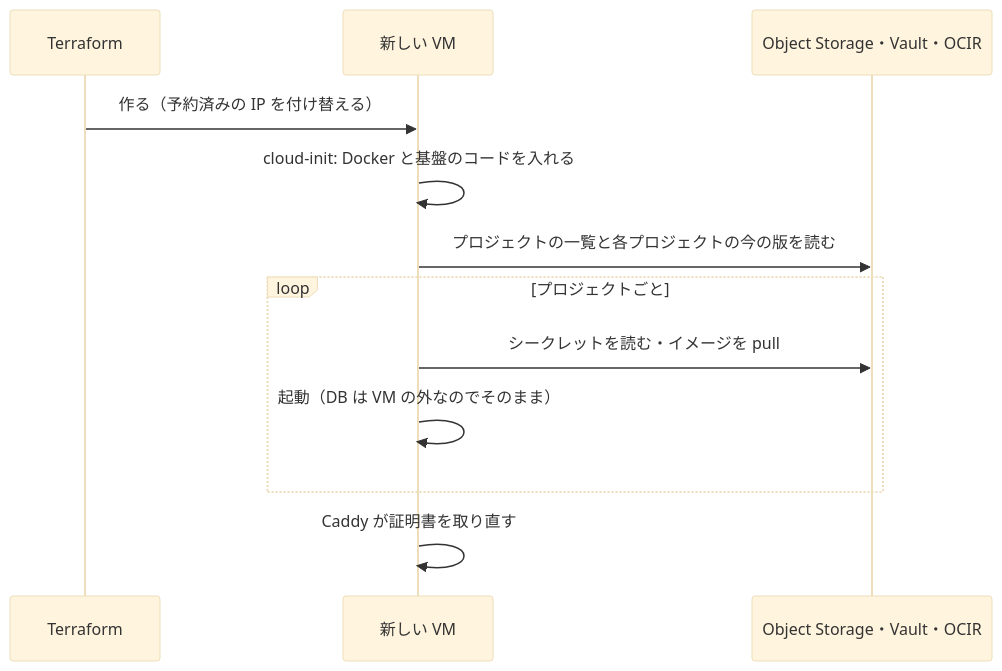
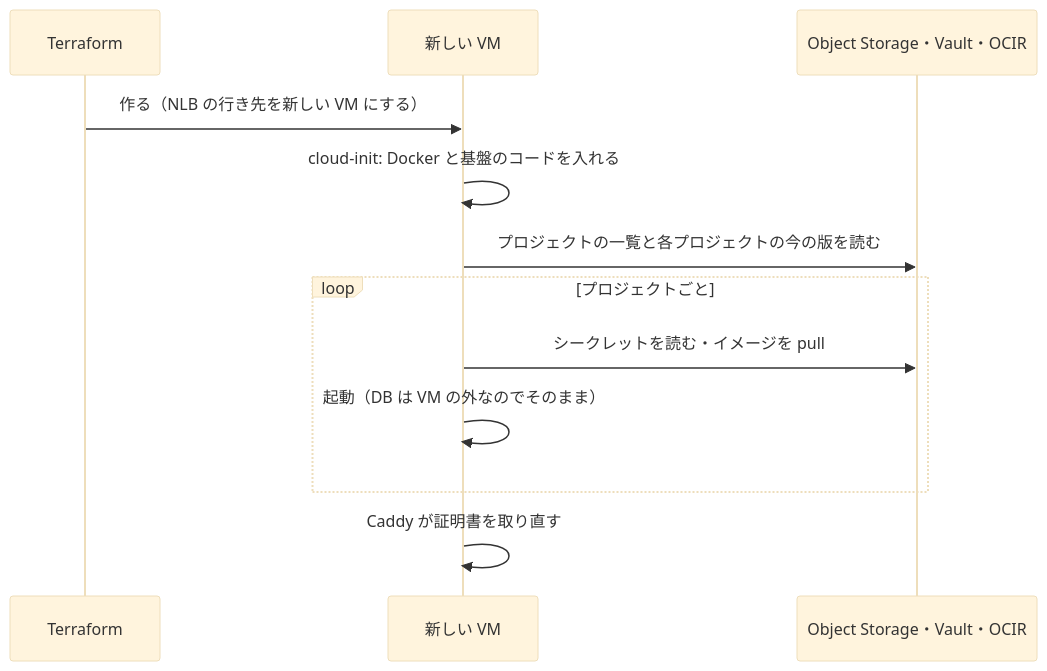
The second of 2 diagrams in docs/02_architecture.md (h-akira/AlwaysFreePlatform), drawn with Mermaid (base theme) before and after one commit. The commit also changed other lines of this file and 16 other files, not shown here.

````diff
--- a/docs/02_architecture.md
+++ b/docs/02_architecture.md
@@ -106,14 +120,14 @@
 ```mermaid
 sequenceDiagram
   participant T as Terraform
   participant V as 新しい VM
   participant S as Object Storage・Vault・OCIR
-  T->>V: 作る（予約済みの IP を付け替える）
+  T->>V: 作る（NLB の行き先を新しい VM にする）
   V->>V: cloud-init: Docker と基盤のコードを入れる
   V->>S: プロジェクトの一覧と各プロジェクトの今の版を読む
   loop プロジェクトごと
     V->>S: シークレットを読む・イメージを pull
     V->>V: 起動（DB は VM の外なのでそのまま）
   end
   V->>V: Caddy が証明書を取り直す
 ```
````
